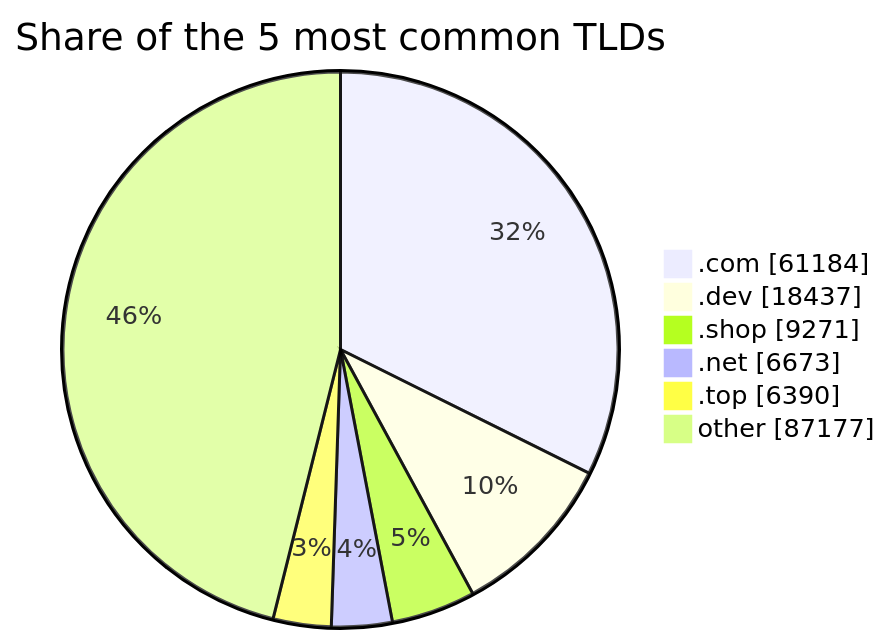
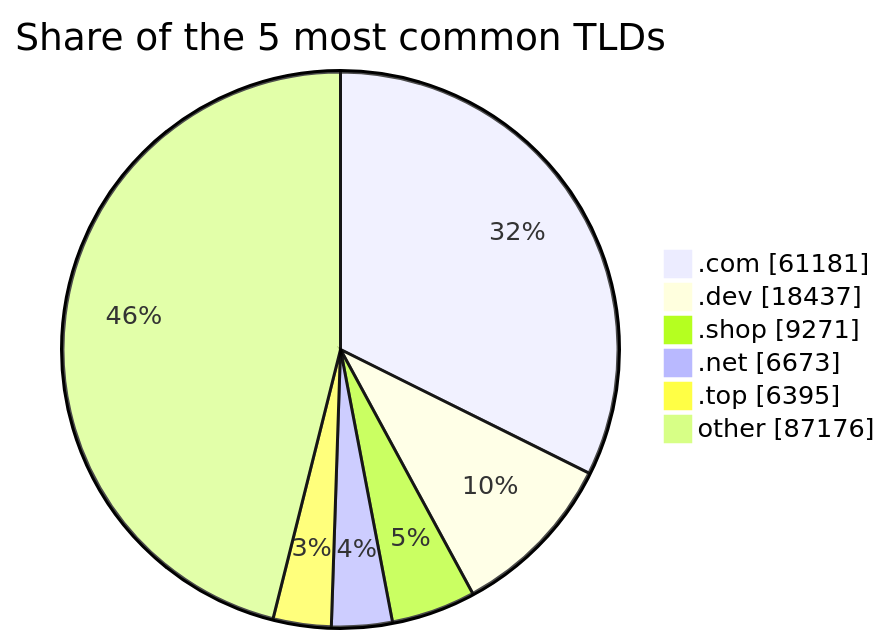
Before and after one commit to DNSBunker/CTI: the third of 3 diagrams in README.md, drawn with Mermaid. The commit also changed other lines of this file and 3 other files, not shown here.

````diff
--- a/README.md
+++ b/README.md
@@ -81,9 +81,9 @@
 ```mermaid
 pie showData title Share of the 5 most common TLDs
-    ".com" : 61184
+    ".com" : 61181
     ".dev" : 18437
     ".shop" : 9271
     ".net" : 6673
-    ".top" : 6390
-    "other" : 87177
+    ".top" : 6395
+    "other" : 87176
 ```
````
